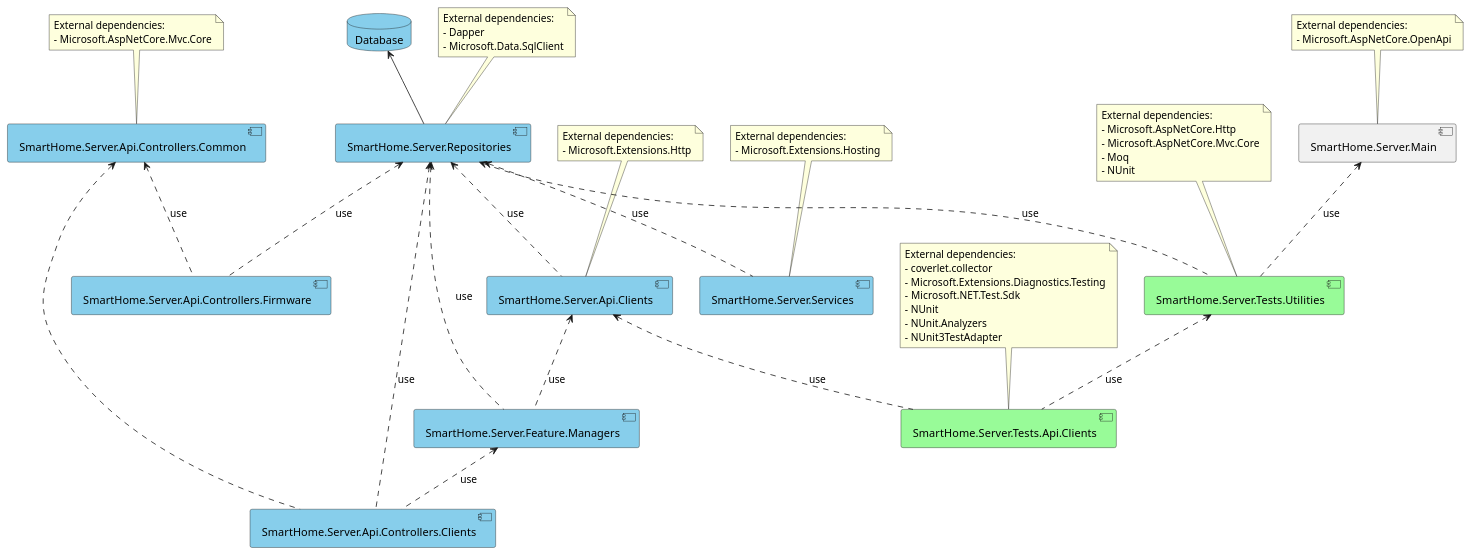
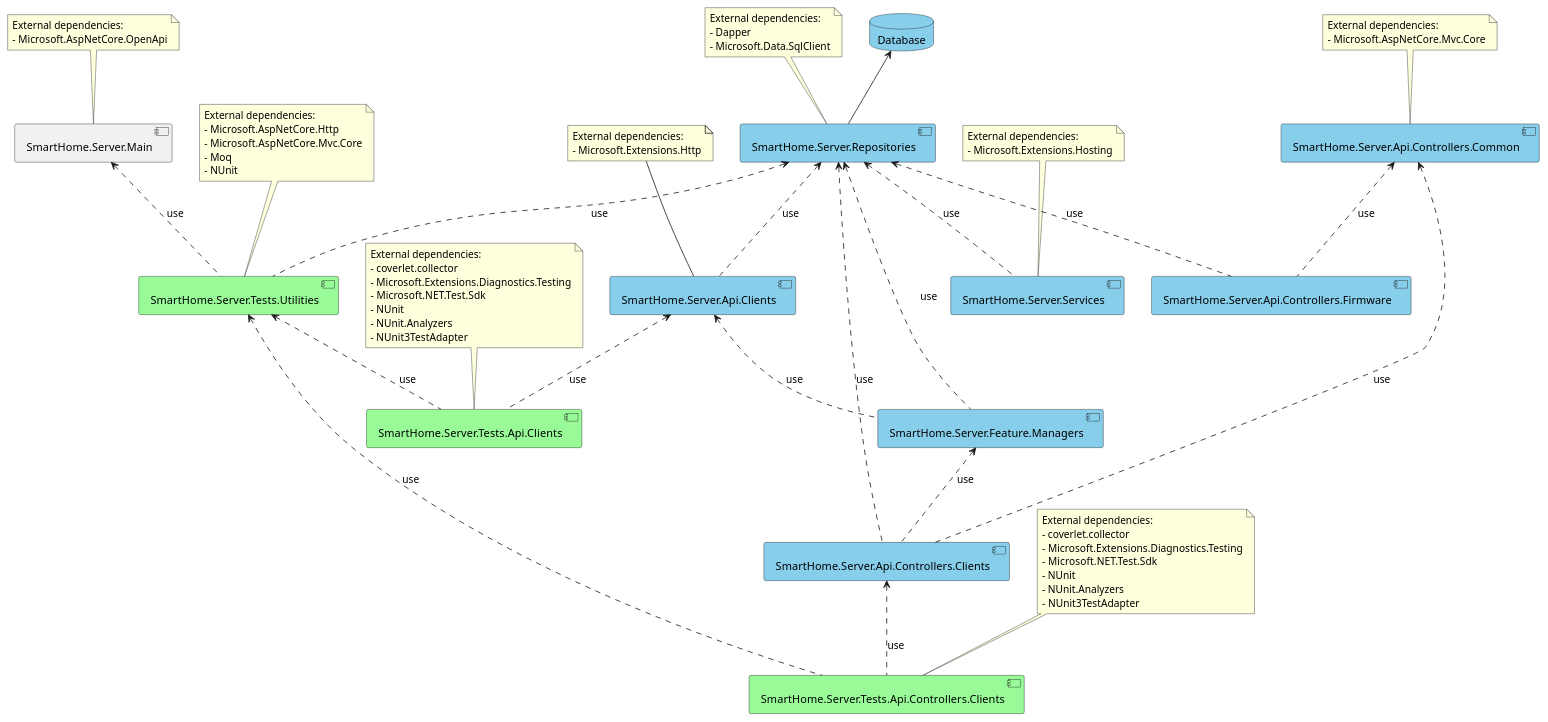
One commit to JakubMiodunka/smart-home changed the diagram in doc/Server/uml/components.pu. Above: the diagram before and after it, drawn with PlantUML. The commit also changed 6 other files, not shown here.

Commit message:
[#40] Sepparating ClientsControllersTests module from monolith.

```diff
--- a/doc/Server/uml/components.pu
+++ b/doc/Server/uml/components.pu
@@ -1,89 +1,105 @@
 @startuml
 
 database Database #SkyBlue
 
 component "SmartHome.Server.Repositories" as Repositories #SkyBlue
 note as RepositoriesDependencies
     External dependencies:
     - Dapper
     - Microsoft.Data.SqlClient
 end note
 RepositoriesDependencies -- Repositories
 
 component "SmartHome.Server.Api.Clients" as ApiClients #SkyBlue
 note as ApiClientsDependencies
     External dependencies:
     - Microsoft.Extensions.Http
 end note
 ApiClientsDependencies -- ApiClients
 
 component "SmartHome.Server.Feature.Managers" as FeatureManagers #SkyBlue
 
 component "SmartHome.Server.Services" as Services #SkyBlue
 note as ServicesDependencies
     External dependencies:
     - Microsoft.Extensions.Hosting
 end note
 ServicesDependencies -- Services
 
 component "SmartHome.Server.Api.Controllers.Common" as CommonApiControllers #SkyBlue
 note as CommonApiControllersDependencies
     External dependencies:
     - Microsoft.AspNetCore.Mvc.Core
 end note
 CommonApiControllersDependencies -- CommonApiControllers
 
 component "SmartHome.Server.Api.Controllers.Firmware" as FirmwareApiControllers #SkyBlue
 
 component "SmartHome.Server.Api.Controllers.Clients" as ClientsApiControllers #SkyBlue
 
 component "SmartHome.Server.Tests.Utilities" as TestUtilities #PaleGreen
 note as TestUtilitiesDependencies
     External dependencies:
     - Microsoft.AspNetCore.Http
     - Microsoft.AspNetCore.Mvc.Core
     - Moq
     - NUnit
 end note
 TestUtilitiesDependencies -- TestUtilities
 
 component "SmartHome.Server.Tests.Api.Clients" as ApiClientsTests #PaleGreen
 note as ApiClientsTestsDependencies
     External dependencies:
     - coverlet.collector
     - Microsoft.Extensions.Diagnostics.Testing
     - Microsoft.NET.Test.Sdk
     - NUnit
     - NUnit.Analyzers
     - NUnit3TestAdapter
 end note
 ApiClientsTestsDependencies -- ApiClientsTests
 
+component "SmartHome.Server.Tests.Api.Controllers.Clients" as ClientsApiControllersTests #PaleGreen
+note as ClientsApiControllersTestsDependencies
+    External dependencies:
+    - coverlet.collector
+    - Microsoft.Extensions.Diagnostics.Testing
+    - Microsoft.NET.Test.Sdk
+    - NUnit
+    - NUnit.Analyzers
+    - NUnit3TestAdapter
+end note
+ClientsApiControllersTestsDependencies -- ClientsApiControllersTests
+
 component "SmartHome.Server.Main" as Main
 note as MainDependencies
     External dependencies:
     - Microsoft.AspNetCore.OpenApi
 end note
 MainDependencies -- Main
 
 Database <-- Repositories
 
 Repositories <.. ApiClients : use
 Repositories <.. FeatureManagers : use
 Repositories <.. Services : use
 Repositories <.. TestUtilities : use
 Repositories <.. FirmwareApiControllers : use
 Repositories <.. ClientsApiControllers : use
 
 CommonApiControllers <.. FirmwareApiControllers : use
-CommonApiControllers <.. ClientsApiControllers
+CommonApiControllers <.. ClientsApiControllers : use
+
+ClientsApiControllers <.. ClientsApiControllersTests : use
 
 FeatureManagers <.. ClientsApiControllers : use
 
 ApiClients <.. FeatureManagers : use
 ApiClients <.. ApiClientsTests : use
 
 TestUtilities <.. ApiClientsTests : use
+TestUtilities <.. ClientsApiControllersTests : use
 
 Main <.. TestUtilities : use
+
 @enduml
```
